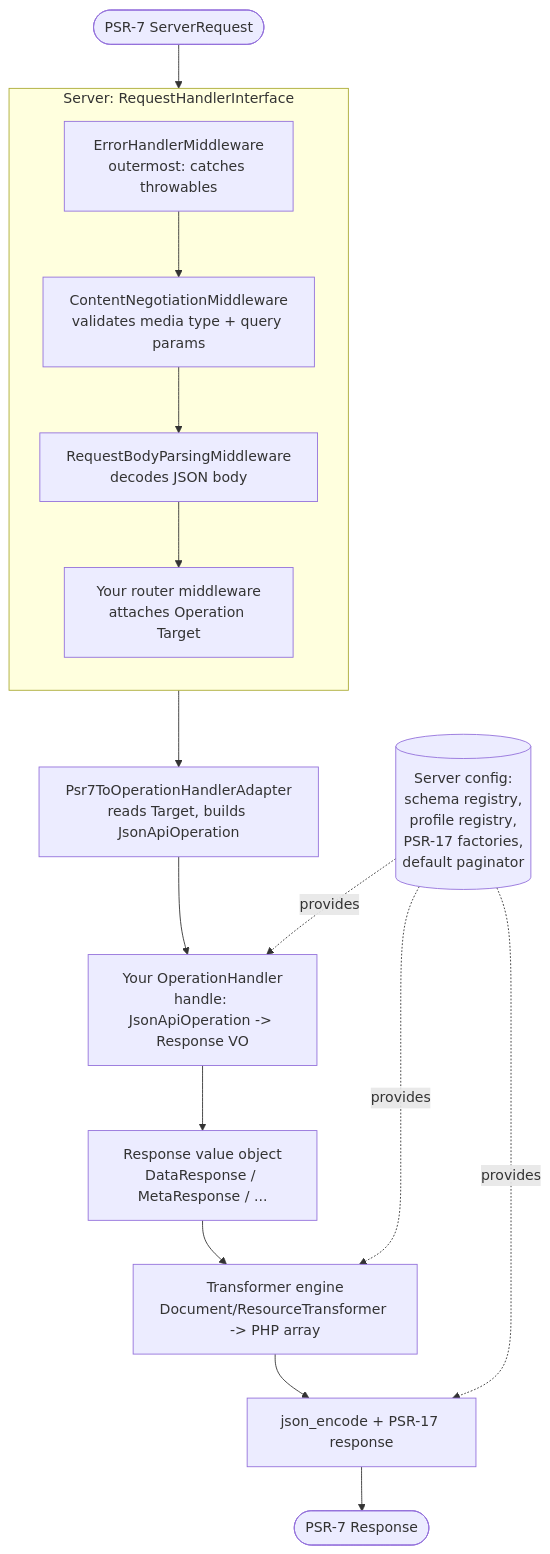
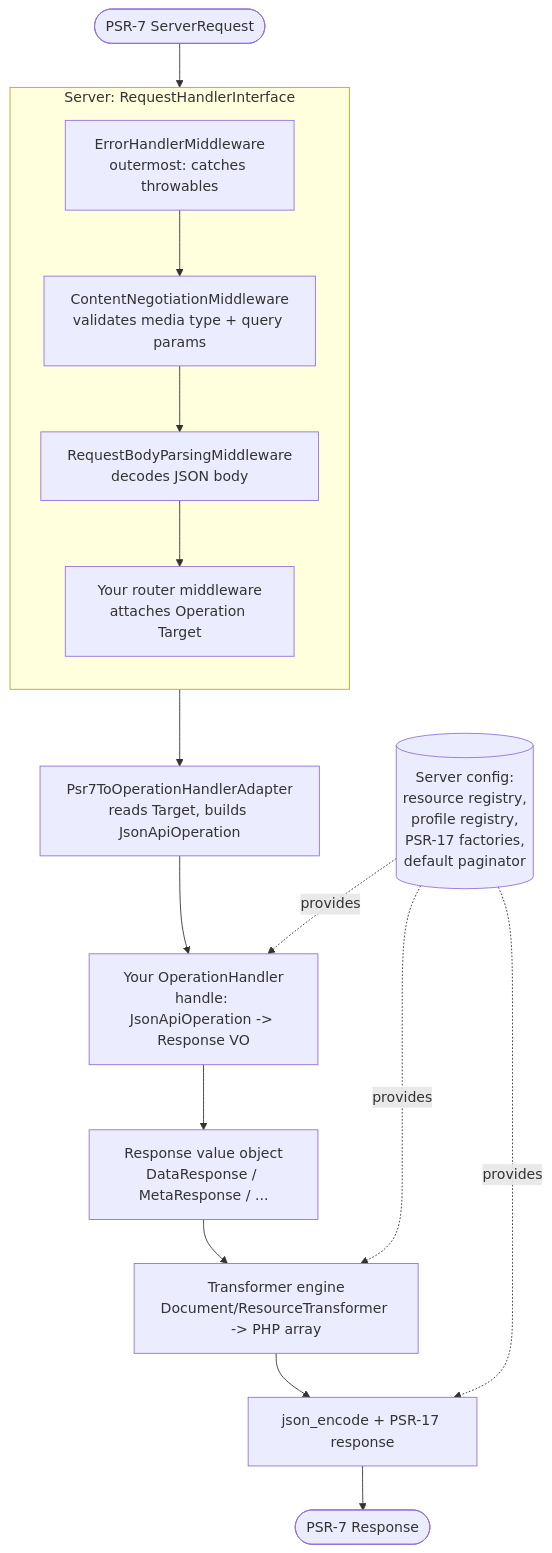
One commit to haddowg/json-api changed the diagram in docs/architecture.md. Above: the diagram before and after it, drawn with Mermaid. The commit also changed other lines of this file and 15 other files, not shown here.

Commit message:
docs: rename the fluent class concept from "schema" to "Resource class"

````diff
--- a/docs/architecture.md
+++ b/docs/architecture.md
@@ -32,25 +32,25 @@
 ```mermaid
 flowchart TD
     client([PSR-7 ServerRequest]) --> server
 
     subgraph server[Server: RequestHandlerInterface]
         direction TB
         eh[ErrorHandlerMiddleware<br/>outermost: catches throwables]
         cn[ContentNegotiationMiddleware<br/>validates media type + query params]
         bp[RequestBodyParsingMiddleware<br/>decodes JSON body]
         router[Your router middleware<br/>attaches Operation Target]
         eh --> cn --> bp --> router
     end
 
     router --> adapter[Psr7ToOperationHandlerAdapter<br/>reads Target, builds JsonApiOperation]
     adapter --> handler[Your OperationHandler<br/>handle: JsonApiOperation -> Response VO]
     handler --> vo[Response value object<br/>DataResponse / MetaResponse / ...]
     vo --> engine[Transformer engine<br/>Document/ResourceTransformer -> PHP array]
     engine --> encode[json_encode + PSR-17 response]
     encode --> out([PSR-7 Response])
 
-    config[(Server config:<br/>schema registry,<br/>profile registry,<br/>PSR-17 factories,<br/>default paginator)]
+    config[(Server config:<br/>resource registry,<br/>profile registry,<br/>PSR-17 factories,<br/>default paginator)]
     config -.provides.-> handler
     config -.provides.-> engine
     config -.provides.-> encode
 ```
````
